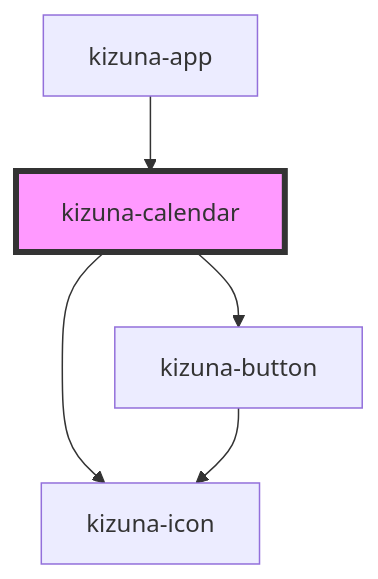
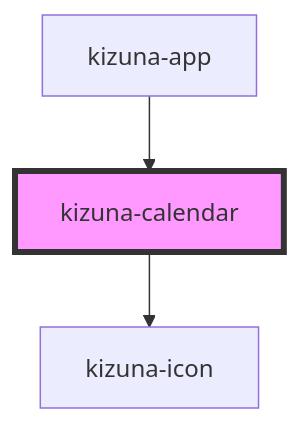
Before and after one commit to hc-institute-japan/kizunakit: the diagram in kizuna-design-kit/src/components/kizuna-calendar/readme.md, drawn with Mermaid. The commit also changed other lines of this file and 21 other files, not shown here.

````diff
--- a/kizuna-design-kit/src/components/kizuna-calendar/readme.md
+++ b/kizuna-design-kit/src/components/kizuna-calendar/readme.md
@@ -42,8 +39,6 @@
 ```mermaid
 graph TD;
   kizuna-calendar --> kizuna-icon
-  kizuna-calendar --> kizuna-button
-  kizuna-button --> kizuna-icon
   kizuna-app --> kizuna-calendar
   style kizuna-calendar fill:#f9f,stroke:#333,stroke-width:4px
 ```
````
